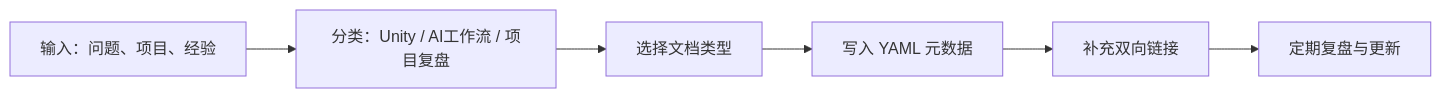
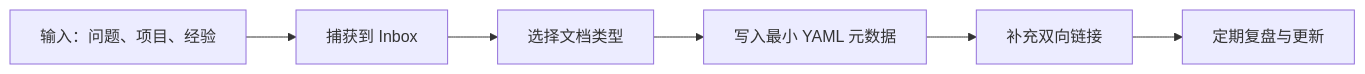
One commit to KeynesZZZ/GameKnowledge changed the diagram in README.md. Above: the diagram before and after it, drawn with Mermaid. The commit also changed other lines of this file and 61 other files, not shown here.

````diff
--- a/README.md
+++ b/README.md
@@ -42,8 +41,8 @@
 ```mermaid
 flowchart LR
-    A["输入：问题、项目、经验"] --> B["分类：Unity / AI工作流 / 项目复盘"]
+    A["输入：问题、项目、经验"] --> B["捕获到 Inbox"]
     B --> C["选择文档类型"]
-    C --> D["写入 YAML 元数据"]
+    C --> D["写入最小 YAML 元数据"]
     D --> E["补充双向链接"]
     E --> F["定期复盘与更新"]
 ```
````
